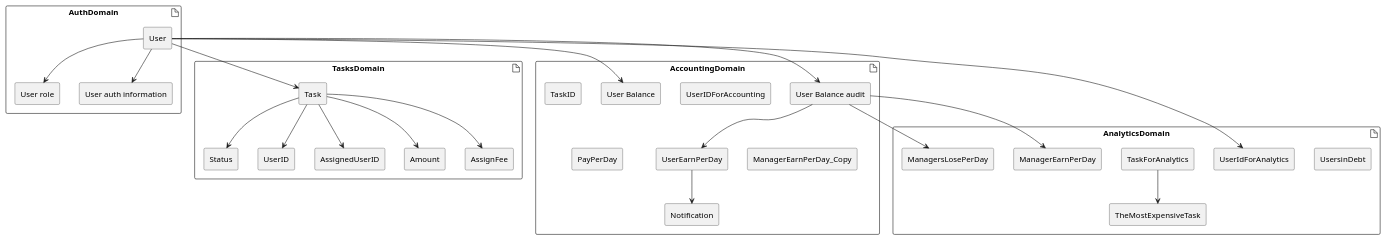
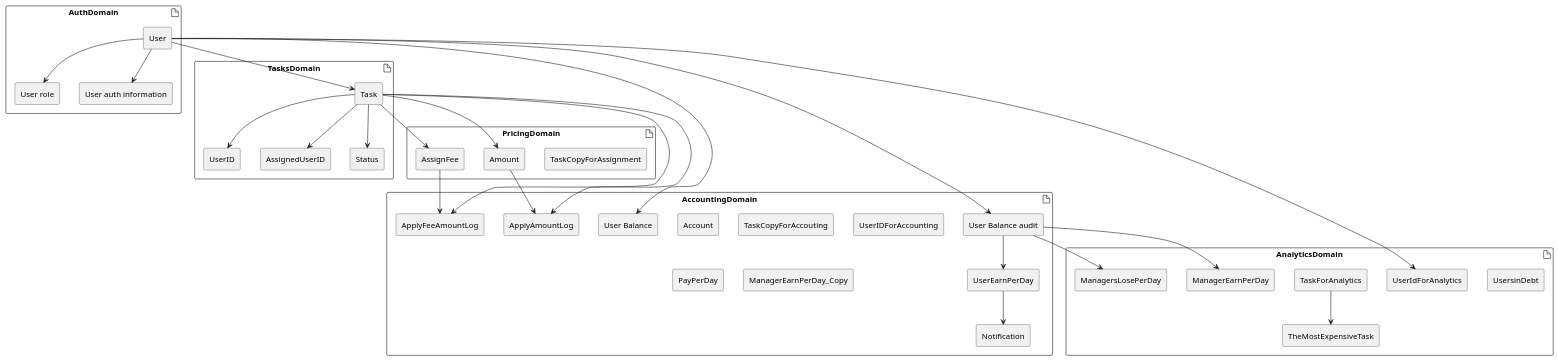
One commit to ximyro/async_architecture_course changed the diagram in docs/domains.plantuml. Above: the diagram before and after it, drawn with PlantUML. The commit also changed 9 other files, not shown here.

Commit message:
Modify diagrams

```diff
--- a/docs/domains.plantuml
+++ b/docs/domains.plantuml
@@ -1,55 +1,66 @@
 @startuml Domains
 
 artifact AuthDomain {
     rectangle User
     rectangle "User role" as ur
     rectangle "User auth information" as uai
 }
 
 artifact TasksDomain {
     rectangle Task
     rectangle Status
     rectangle UserID
     rectangle AssignedUserID
+}
+
+artifact PricingDomain {
+	rectangle TaskCopyForAssignment	
     rectangle Amount
     rectangle AssignFee
 }
 
 artifact AccountingDomain {
-    rectangle TaskID
+    rectangle Account
+    rectangle TaskCopyForAccouting
     rectangle UserIDForAccounting
     rectangle UserEarnPerDay
     rectangle "User Balance" as ub
     rectangle "User Balance audit" as uba
     rectangle Notification
     rectangle PayPerDay
     rectangle ManagerEarnPerDay_Copy
+    rectangle ApplyFeeAmountLog
+    rectangle ApplyAmountLog
 }
 
 artifact AnalyticsDomain {
     rectangle UsersinDebt
     rectangle UserIdForAnalytics
     rectangle TaskForAnalytics
     rectangle TheMostExpensiveTask
     rectangle ManagerEarnPerDay
     rectangle ManagersLosePerDay
 }
 
 
 User --> ur
 User --> uai
 User --> ub
 User --> uba
 User --> Task
 Task --> Status
 Task --> Amount
 Task --> UserID
 Task --> AssignedUserID
 Task --> AssignFee
 uba --> UserEarnPerDay
 uba --> ManagerEarnPerDay
 uba --> ManagersLosePerDay
 UserEarnPerDay --> Notification
 User --> UserIdForAnalytics
 TaskForAnalytics --> TheMostExpensiveTask
+Task --> ApplyFeeAmountLog
+Task --> ApplyAmountLog
+AssignFee --> ApplyFeeAmountLog
+Amount --> ApplyAmountLog
 @enduml
```
